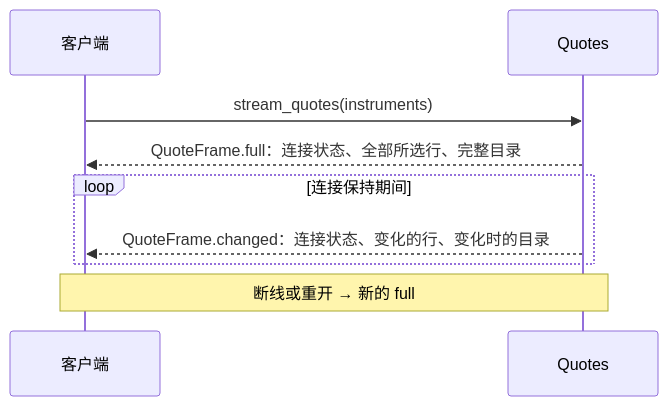
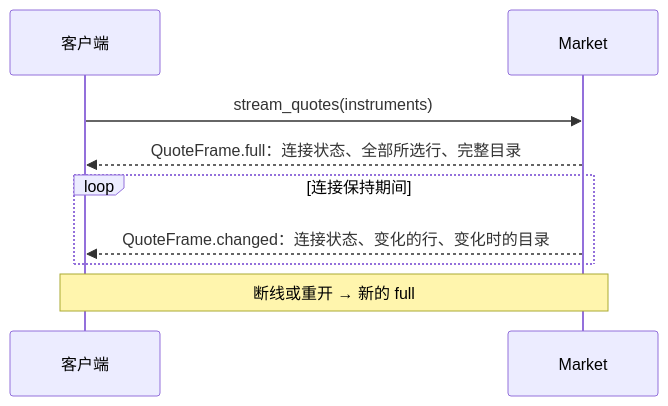
One commit to isqiwen/asterion-terminal changed the first of 2 diagrams in docs/protocol.md. Above: the diagram before and after it, drawn with Mermaid. The commit also changed other lines of this file and 329 other files, not shown here.

````diff
--- a/docs/protocol.md
+++ b/docs/protocol.md
@@ -109,11 +109,11 @@
 ```mermaid
 sequenceDiagram
     participant Client as 客户端
-    participant Quotes
-    Client->>Quotes: stream_quotes(instruments)
-    Quotes-->>Client: QuoteFrame.full：连接状态、全部所选行、完整目录
+    participant Market
+    Client->>Market: stream_quotes(instruments)
+    Market-->>Client: QuoteFrame.full：连接状态、全部所选行、完整目录
     loop 连接保持期间
-        Quotes-->>Client: QuoteFrame.changed：连接状态、变化的行、变化时的目录
+        Market-->>Client: QuoteFrame.changed：连接状态、变化的行、变化时的目录
     end
-    Note over Client,Quotes: 断线或重开 → 新的 full
+    Note over Client,Market: 断线或重开 → 新的 full
 ```
````
